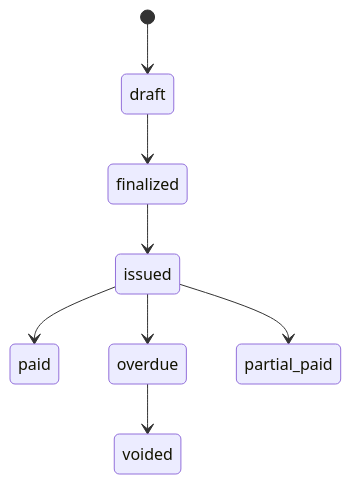
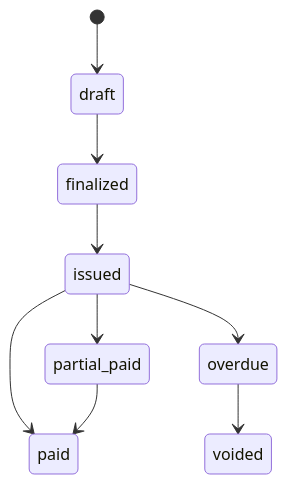
Before and after one commit to contract-to-cash/core: the second of 2 diagrams in website/docs/concepts/domain-model.md, drawn with Mermaid. The commit also changed other lines of this file and 8 other files, not shown here.

````diff
--- a/website/docs/concepts/domain-model.md
+++ b/website/docs/concepts/domain-model.md
@@ -85,10 +205,11 @@
 ```mermaid
 stateDiagram-v2
     [*] --> draft
     draft --> finalized
     finalized --> issued
     issued --> paid
     issued --> overdue
+    issued --> partial_paid
     overdue --> voided
-    issued --> partial_paid
+    partial_paid --> paid
 ```
````
